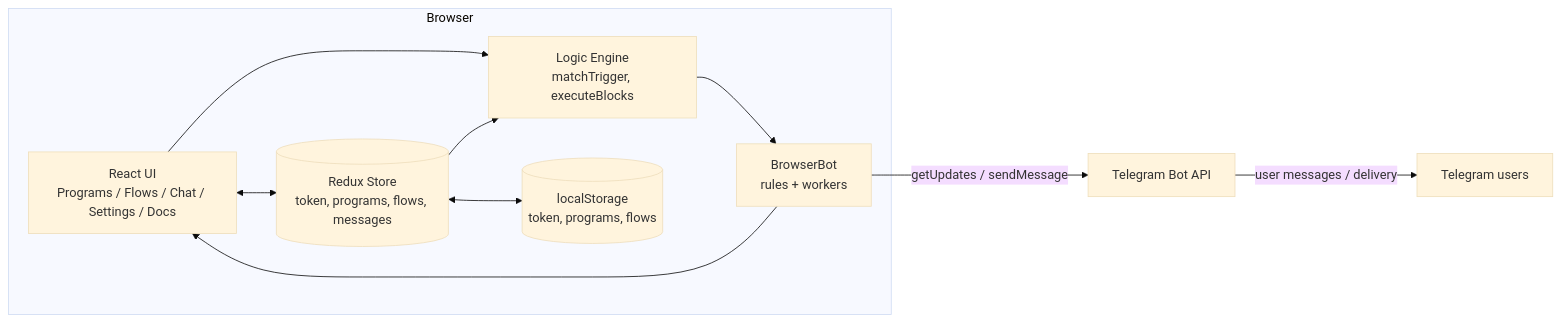
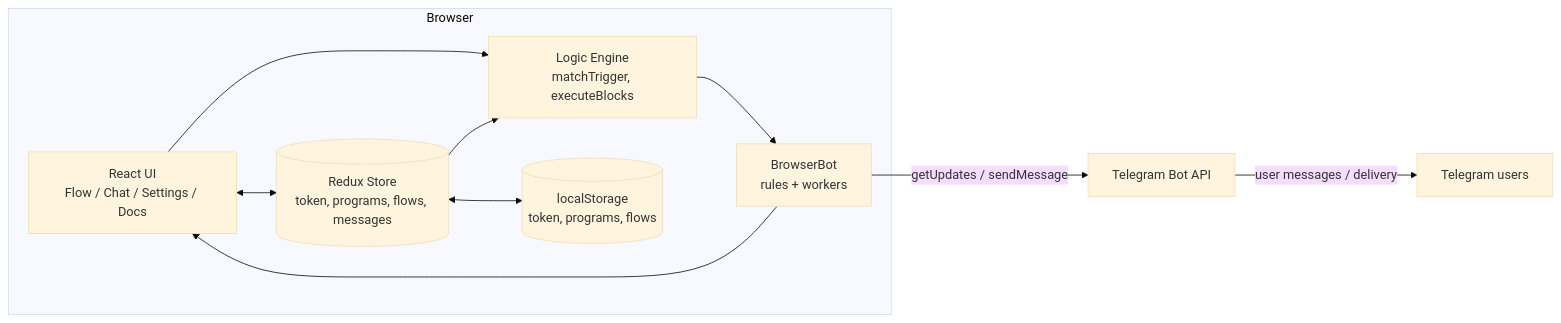
One commit to Jh123x/telegram-bot-on-browser changed the first of 6 diagrams in docs/ARCHITECTURE.md. Above: the diagram before and after it, drawn with Mermaid (base theme). The commit also changed other lines of this file and 2 other files, not shown here.

First line of the commit message:
docs: drop program-editor documentation and rename the Flows tab to Flow

````diff
--- a/docs/ARCHITECTURE.md
+++ b/docs/ARCHITECTURE.md
@@ -11,20 +11,20 @@
 ```mermaid
 flowchart LR
   subgraph Browser
-    UI[React UI<br/>Programs / Flows / Chat / Settings / Docs]
+    UI[React UI<br/>Flow / Chat / Settings / Docs]
     Store[(Redux Store<br/>token, programs, flows, messages)]
     Logic[Logic Engine<br/>matchTrigger, executeBlocks]
     Bot[BrowserBot<br/>rules + workers]
     Local[(localStorage<br/>token, programs, flows)]
 
     UI <--> Store
     UI --> Logic
     Store --> Logic
     Logic --> Bot
     Bot --> UI
     Store <--> Local
   end
 
   Bot -- "getUpdates / sendMessage" --> API[Telegram Bot API]
   API -- "user messages / delivery" --> Telegram[Telegram users]
 ```
````
